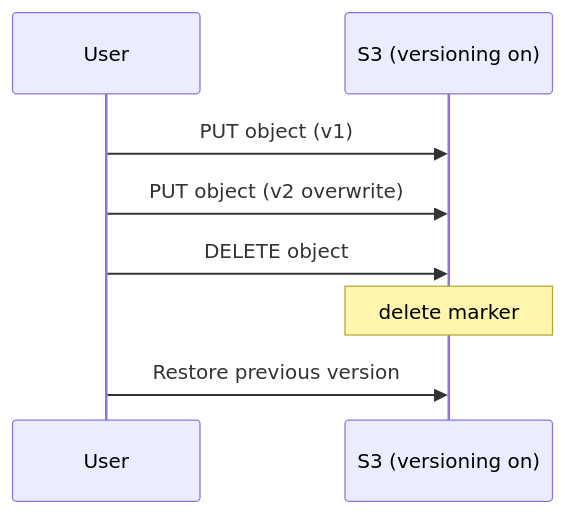
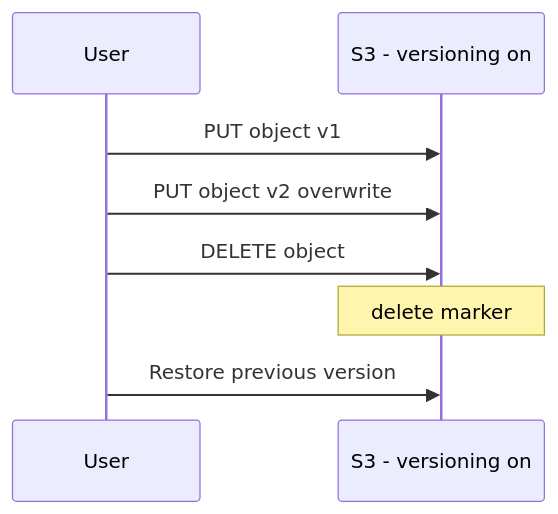
Before and after one commit to niceguy61/aws-saa-lecture-2026: the diagram in aws-saa/week02-domain02-resilient-architectures/day03/01-theory.md, drawn with Mermaid. The commit also changed other lines of this file and 11 other files, not shown here.

Commit message:
Harden mermaid diagrams for GitHub rendering

````diff
--- a/aws-saa/week02-domain02-resilient-architectures/day03/01-theory.md
+++ b/aws-saa/week02-domain02-resilient-architectures/day03/01-theory.md
@@ -18,10 +18,10 @@
 ```mermaid
 sequenceDiagram
   participant U as User
-  participant S3 as S3 (versioning on)
-  U->>S3: PUT object (v1)
-  U->>S3: PUT object (v2 overwrite)
+  participant S3 as S3 - versioning on
+  U->>S3: PUT object v1
+  U->>S3: PUT object v2 overwrite
   U->>S3: DELETE object
   Note over S3: delete marker
   U->>S3: Restore previous version
 ```
````
